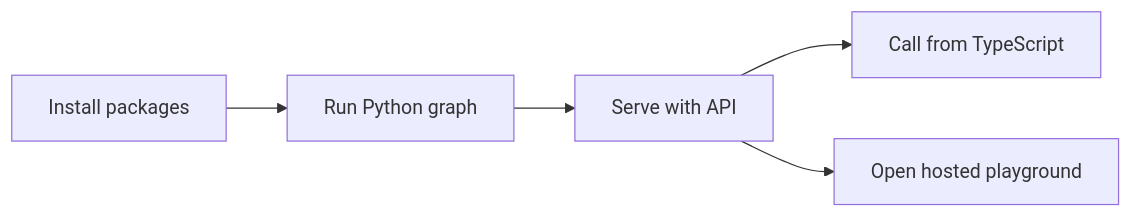
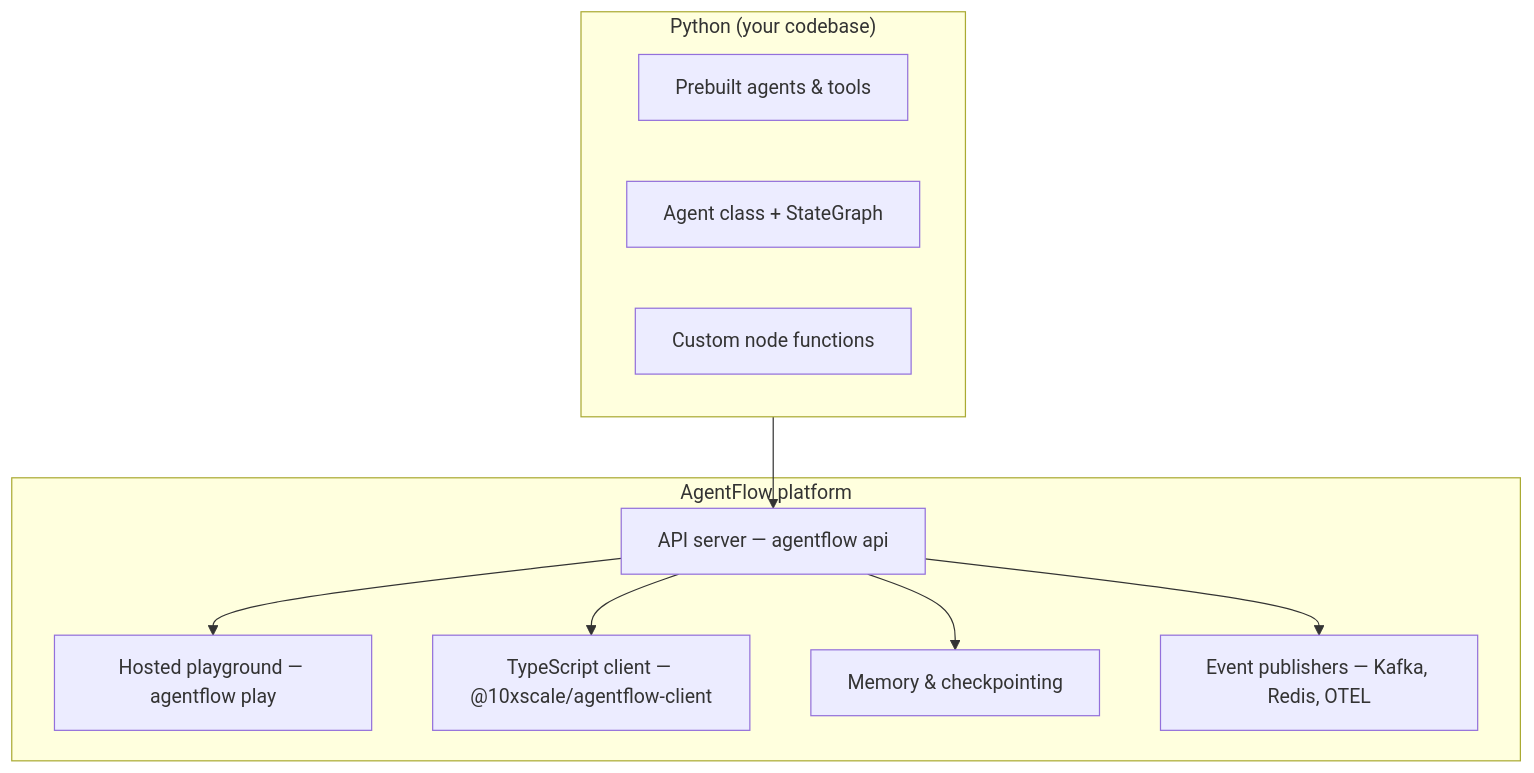
The diagram in docs/get-started/index.md (10xHub/agentflow-docs), drawn with Mermaid before and after one commit. The commit also changed other lines of this file and 1 other file, not shown here.

Commit message:
refactor: reorganize sidebar structure and enhance visibility of prebuilt concepts

````diff
--- a/docs/get-started/index.md
+++ b/docs/get-started/index.md
@@ -22,7 +23,22 @@
 ```mermaid
-flowchart LR
-  Install[Install packages] --> Python[Run Python graph]
-  Python --> API[Serve with API]
-  API --> Client[Call from TypeScript]
-  API --> Play[Open hosted playground]
+flowchart TB
+  subgraph Python["Python (your codebase)"]
+    Prebuilt[Prebuilt agents & tools]
+    AgentClass[Agent class + StateGraph]
+    RawGraph[Custom node functions]
+  end
+
+  subgraph Platform["AgentFlow platform"]
+    API[API server — agentflow api]
+    Play[Hosted playground — agentflow play]
+    Client[TypeScript client — @10xscale/agentflow-client]
+    Memory[Memory & checkpointing]
+    Publishers[Event publishers — Kafka, Redis, OTEL]
+  end
+
+  Python --> API
+  API --> Play
+  API --> Client
+  API --> Memory
+  API --> Publishers
 ```
````
